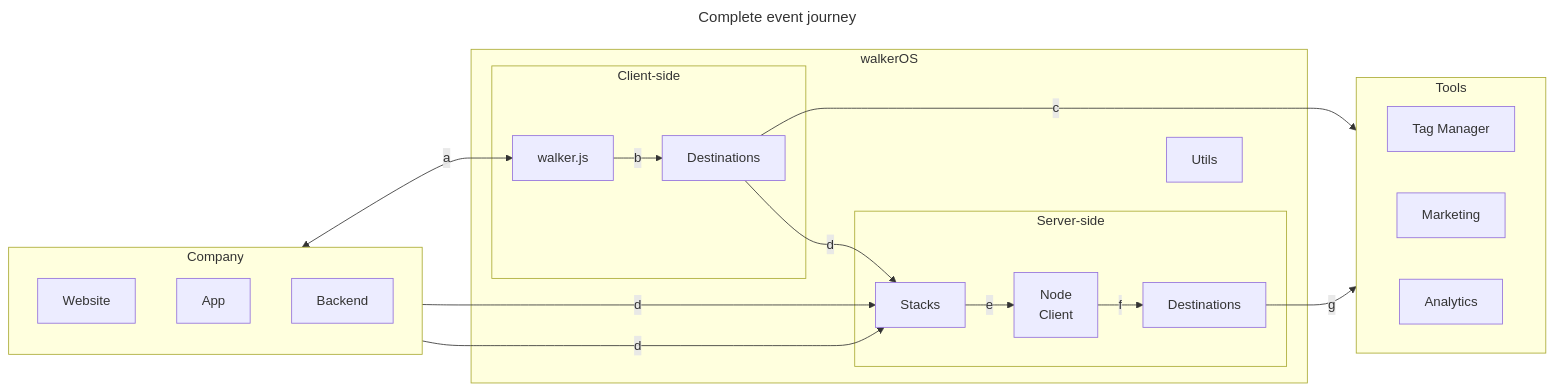
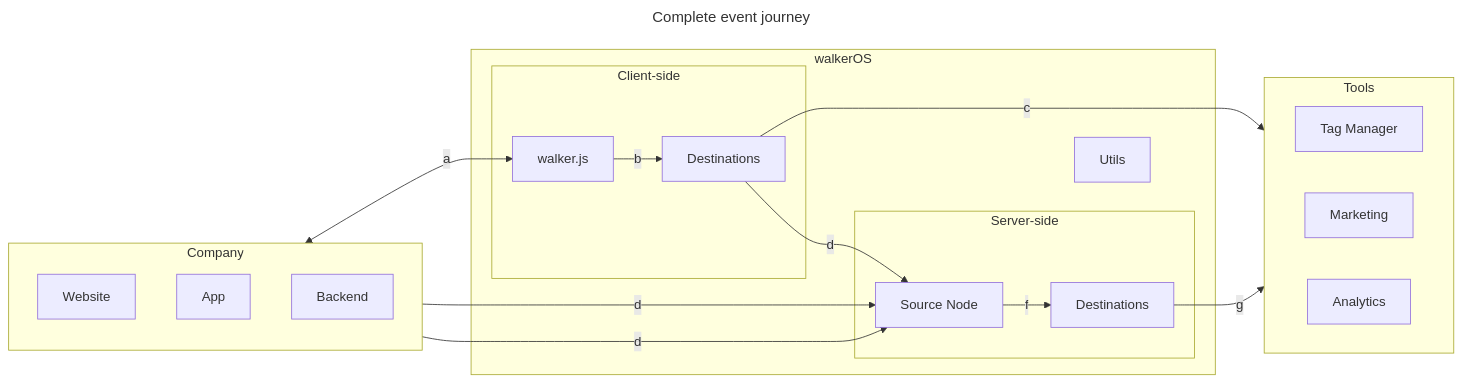
Before and after one commit to elbwalker/walkerOS: the second of 2 diagrams in website/docs/walkeros/index.mdx, drawn with Mermaid. The commit also changed other lines of this file and 6 other files, not shown here.

````diff
--- a/website/docs/walkeros/index.mdx
+++ b/website/docs/walkeros/index.mdx
@@ -103,45 +95,42 @@
 ```mermaid
 ---
 title: Complete event journey
 ---
 flowchart LR
   subgraph Company
     direction TB
     Website
     App
     Backend
   end
   subgraph walkerOS
     Utils
     subgraph Client-side
       walker.js
       DestinationsC["Destinations"]
     end
     subgraph Server-side["Server-side"]
-      Stacks
-      Node["Node\nClient"]
+      SourceNode["Source Node"]
       DestinationsS["Destinations"]
     end
   end
   subgraph Tools
     direction LR
     tag["Tag Manager"]
     marketing["Marketing"]
     analytics["Analytics"]
   end
   Website <-- a --> walker.js
   walker.js -- b --> DestinationsC
   DestinationsC -- c --> Tools
-  DestinationsC -- d --> Stacks
-  App -- d --> Stacks
-  Backend -- d --> Stacks
-  Stacks -- e --> Node
-  Node -- f --> DestinationsS
+  DestinationsC -- d --> SourceNode
+  App -- d --> SourceNode
+  Backend -- d --> SourceNode
+  SourceNode -- f --> DestinationsS
   DestinationsS -- g --> Tools
   click Utils "/docs/utils/"
   click walker.js "/docs/clients/walkerjs/"
-  click Node "/docs/clients/node/"
-  click Stacks "/docs/stacks/"
+  click SourceNode "/docs/clients/node/"
   click DestinationsC "/docs/destinations/web/"
   click DestinationsS "/docs/destinations/node/"
 ```
````
